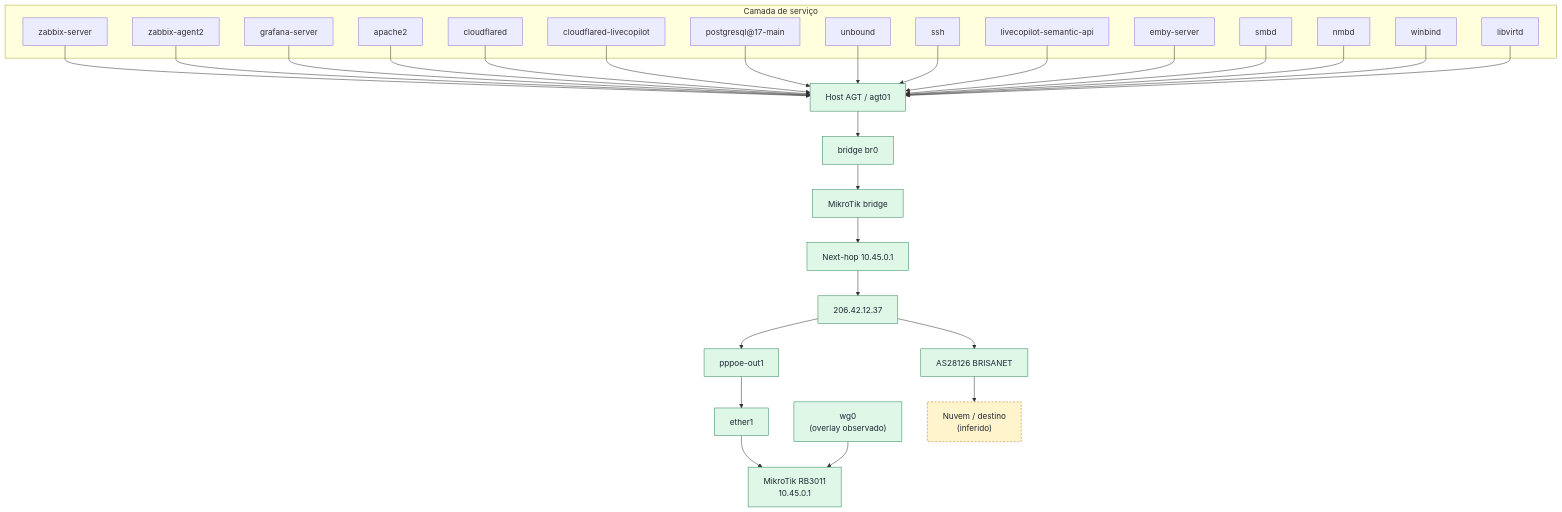
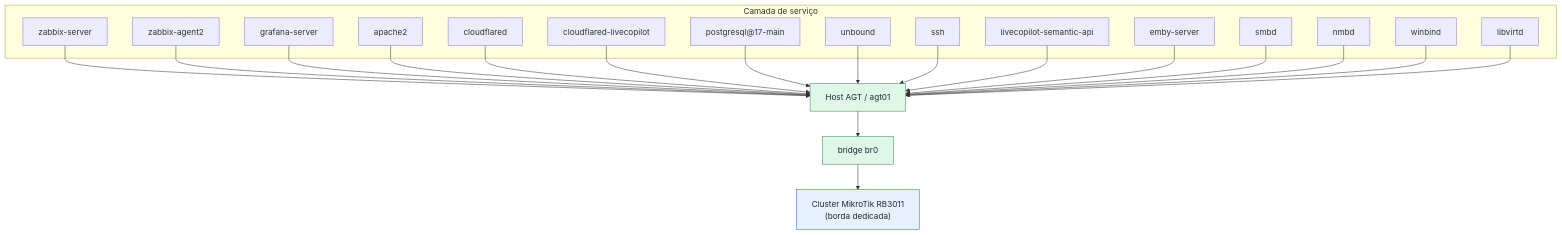
One commit to escossio/observabilidade changed the diagram in dependency-graph/views/agt_dependency_graph.mmd. Above: the diagram before and after it, drawn with Mermaid. The commit also changed 8 other files, not shown here.

Commit message:
feat: split mikrotik into dedicated dependency cluster

```diff
--- a/dependency-graph/views/agt_dependency_graph.mmd
+++ b/dependency-graph/views/agt_dependency_graph.mmd
@@ -1,65 +1,50 @@
 flowchart TB
   subgraph SVC["Camada de serviço"]
     zabbix_server["zabbix-server"]
     zabbix_agent2["zabbix-agent2"]
     grafana_server["grafana-server"]
     apache2["apache2"]
     cloudflared["cloudflared"]
     cloudflared_livecopilot["cloudflared-livecopilot"]
     postgresql["postgresql@17-main"]
     unbound["unbound"]
     ssh["ssh"]
     livecopilot_api["livecopilot-semantic-api"]
     emby["emby-server"]
     smbd["smbd"]
     nmbd["nmbd"]
     winbind["winbind"]
     libvirtd["libvirtd"]
   end
 
   host["Host AGT / agt01"]
 
   br0["bridge br0"]
-  mikrotik_bridge["MikroTik bridge"]
-  nexthop["Next-hop 10.45.0.1"]
-  public_ip["206.42.12.37"]
-  pppoe["pppoe-out1"]
-  ether1["ether1"]
-  mikrotik["MikroTik RB3011<br/>10.45.0.1"]
-  wg0["wg0<br/>(overlay observado)"]
-  provider["AS28126 BRISANET"]
-  destination["Nuvem / destino<br/>(inferido)"]
+  mikrotik_cluster["Cluster MikroTik RB3011<br/>(borda dedicada)"]
 
   zabbix_server --> host
   zabbix_agent2 --> host
   grafana_server --> host
   apache2 --> host
   cloudflared --> host
   cloudflared_livecopilot --> host
   postgresql --> host
   unbound --> host
   ssh --> host
   livecopilot_api --> host
   emby --> host
   smbd --> host
   nmbd --> host
   winbind --> host
   libvirtd --> host
 
   host --> br0
-  br0 --> mikrotik_bridge
-  mikrotik_bridge --> nexthop
-  nexthop --> public_ip
-  public_ip --> pppoe
-  pppoe --> ether1
-  ether1 --> mikrotik
-  wg0 --> mikrotik
-  public_ip --> provider
-  provider --> destination
+  br0 --> mikrotik_cluster
 
   classDef observed fill:#dff7e7,stroke:#2f855a,color:#1f2937,stroke-width:1px;
+  classDef documented fill:#e6f0ff,stroke:#2563eb,color:#1f2937,stroke-width:1px;
   classDef inferred fill:#fff4cc,stroke:#b7791f,color:#1f2937,stroke-width:1px,stroke-dasharray: 4 3;
   classDef pending fill:#f3f4f6,stroke:#6b7280,color:#1f2937,stroke-width:1px,stroke-dasharray: 2 2;
 
-  class host,br0,mikrotik_bridge,nexthop,public_ip,pppoe,ether1,mikrotik,wg0,provider observed;
-  class destination inferred;
+  class host,br0 observed;
+  class mikrotik_cluster documented;
```
